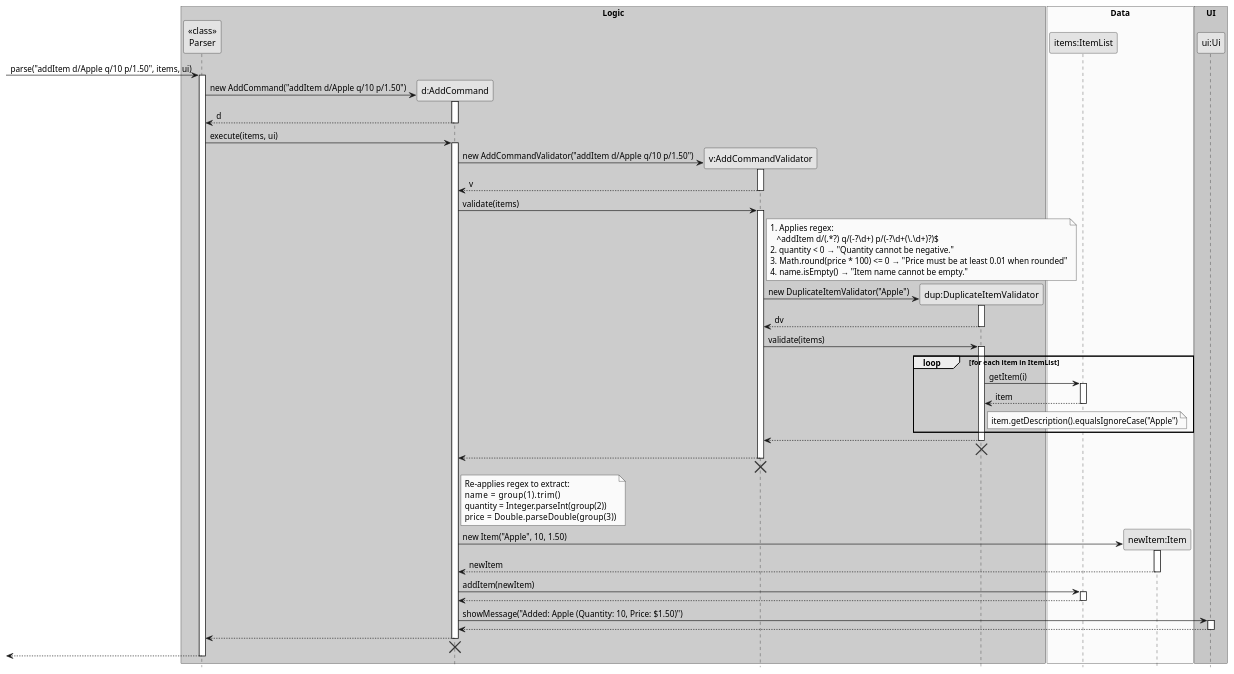
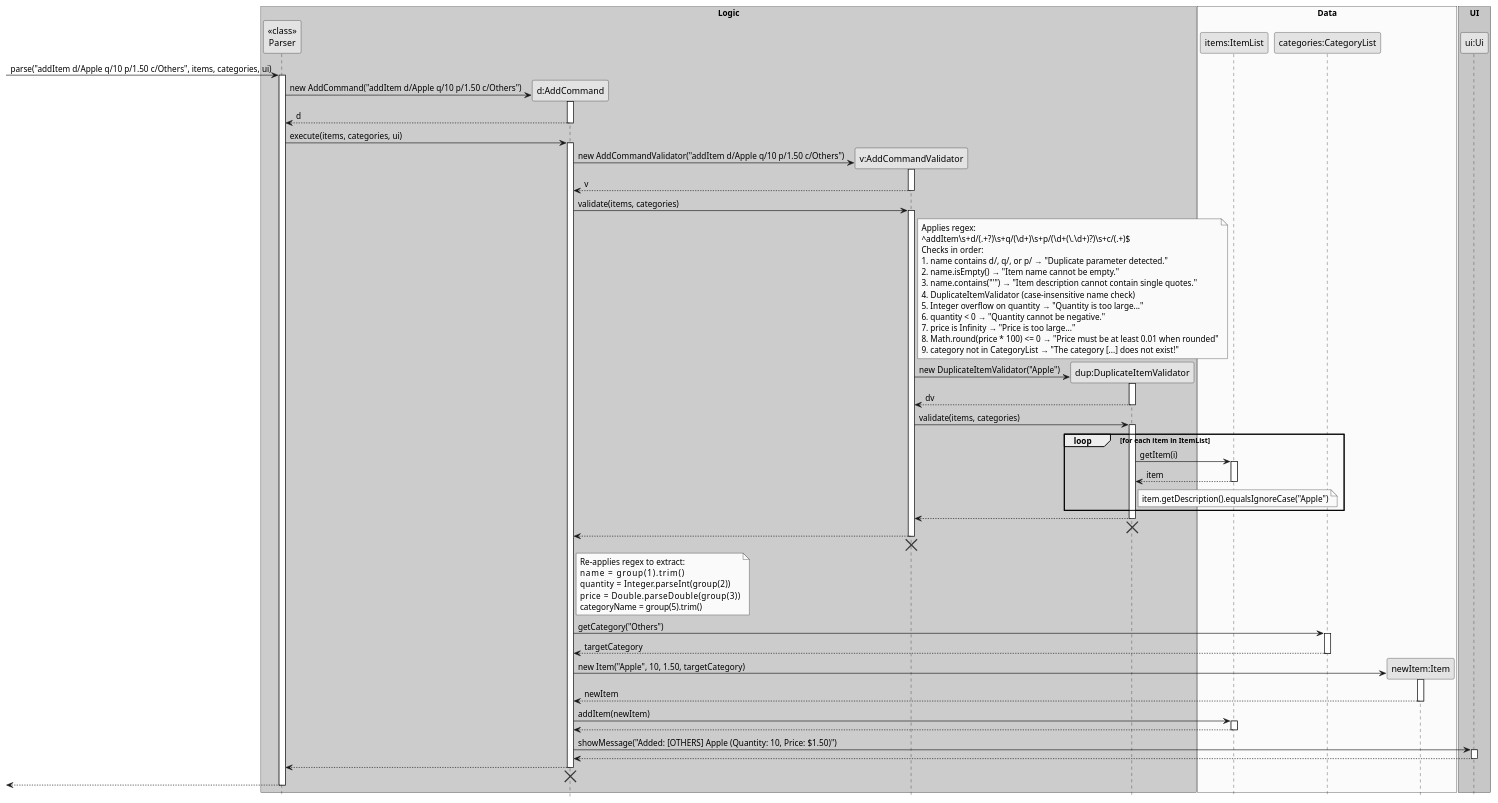
One commit to adbsw/tp changed the diagram in docs/diagrams/AddCommandSequenceDiagram.puml. Above: the diagram before and after it, drawn with PlantUML. The commit also changed 7 other files, not shown here.

```diff
--- a/docs/diagrams/AddCommandSequenceDiagram.puml
+++ b/docs/diagrams/AddCommandSequenceDiagram.puml
@@ -1,111 +1,125 @@
 @startuml
 skinparam monochrome true
 skinparam shadowing false
 hide footbox
 
 box "Logic" #LightBlue
 participant "<<class>>\nParser" as Parser
 participant "d:AddCommand" as AddCommand
 participant "v:AddCommandValidator" as AddCommandValidator
 participant "dup:DuplicateItemValidator" as DuplicateItemValidator
 end box
 
 box "Data" #LightYellow
 participant "items:ItemList" as ItemList
+participant "categories:CategoryList" as CategoryList
 participant "newItem:Item" as Item
 end box
 
 box "UI" #LightGreen
 participant "ui:Ui" as Ui
 end box
 
--> Parser : parse("addItem d/Apple q/10 p/1.50", items, ui)
+-> Parser : parse("addItem d/Apple q/10 p/1.50 c/Others", items, categories, ui)
 activate Parser
 
 create AddCommand
-Parser -> AddCommand : new AddCommand("addItem d/Apple q/10 p/1.50")
+Parser -> AddCommand : new AddCommand("addItem d/Apple q/10 p/1.50 c/Others")
 activate AddCommand
 AddCommand --> Parser : d
 deactivate AddCommand
 
-Parser -> AddCommand : execute(items, ui)
+Parser -> AddCommand : execute(items, categories, ui)
 activate AddCommand
 
 create AddCommandValidator
-AddCommand -> AddCommandValidator : new AddCommandValidator("addItem d/Apple q/10 p/1.50")
+AddCommand -> AddCommandValidator : new AddCommandValidator("addItem d/Apple q/10 p/1.50 c/Others")
 activate AddCommandValidator
 AddCommandValidator --> AddCommand : v
 deactivate AddCommandValidator
 
-AddCommand -> AddCommandValidator : validate(items)
+AddCommand -> AddCommandValidator : validate(items, categories)
 activate AddCommandValidator
 
 note right of AddCommandValidator
-  1. Applies regex:
-     ^addItem d/(.*?) q/(-?\d+) p/(-?\d+(\.\d+)?)$
-  2. quantity < 0 → "Quantity cannot be negative."
-  3. Math.round(price * 100) <= 0 → "Price must be at least 0.01 when rounded"
-  4. name.isEmpty() → "Item name cannot be empty."
+  Applies regex:
+  ^addItem\s+d/(.+?)\s+q/(\d+)\s+p/(\d+(\.\d+)?)\s+c/(.+)$
+  Checks in order:
+  1. name contains d/, q/, or p/ → "Duplicate parameter detected."
+  2. name.isEmpty() → "Item name cannot be empty."
+  3. name.contains("'") → "Item description cannot contain single quotes."
+  4. DuplicateItemValidator (case-insensitive name check)
+  5. Integer overflow on quantity → "Quantity is too large..."
+  6. quantity < 0 → "Quantity cannot be negative."
+  7. price is Infinity → "Price is too large..."
+  8. Math.round(price * 100) <= 0 → "Price must be at least 0.01 when rounded"
+  9. category not in CategoryList → "The category [...] does not exist!"
 end note
 
 create DuplicateItemValidator
 AddCommandValidator -> DuplicateItemValidator : new DuplicateItemValidator("Apple")
 activate DuplicateItemValidator
 DuplicateItemValidator --> AddCommandValidator : dv
 deactivate DuplicateItemValidator
 
-AddCommandValidator -> DuplicateItemValidator : validate(items)
+AddCommandValidator -> DuplicateItemValidator : validate(items, categories)
 activate DuplicateItemValidator
 
 loop for each item in ItemList
     DuplicateItemValidator -> ItemList : getItem(i)
     activate ItemList
     ItemList --> DuplicateItemValidator : item
     deactivate ItemList
     note right of DuplicateItemValidator
         item.getDescription().equalsIgnoreCase("Apple")
     end note
 end
 
 DuplicateItemValidator --> AddCommandValidator
 deactivate DuplicateItemValidator
 DuplicateItemValidator -[hidden]-> AddCommandValidator
 destroy DuplicateItemValidator
 
 AddCommandValidator --> AddCommand
 deactivate AddCommandValidator
 AddCommandValidator -[hidden]-> AddCommand
 destroy AddCommandValidator
 
 note right of AddCommand
   Re-applies regex to extract:
-  name     = group(1).trim()
-  quantity = Integer.parseInt(group(2))
-  price    = Double.parseDouble(group(3))
+  name         = group(1).trim()
+  quantity     = Integer.parseInt(group(2))
+  price        = Double.parseDouble(group(3))
+  categoryName = group(5).trim()
 end note
 
+AddCommand -> CategoryList : getCategory("Others")
+activate CategoryList
+CategoryList --> AddCommand : targetCategory
+deactivate CategoryList
+
 create Item
-AddCommand -> Item : new Item("Apple", 10, 1.50)
+AddCommand -> Item : new Item("Apple", 10, 1.50, targetCategory)
 activate Item
 Item --> AddCommand : newItem
 deactivate Item
 
 AddCommand -> ItemList : addItem(newItem)
 activate ItemList
 ItemList --> AddCommand
 deactivate ItemList
 
-AddCommand -> Ui : showMessage("Added: Apple (Quantity: 10, Price: $1.50)")
+AddCommand -> Ui : showMessage("Added: [OTHERS] Apple (Quantity: 10, Price: $1.50)")
 activate Ui
 Ui --> AddCommand
 deactivate Ui
 
 AddCommand --> Parser
 deactivate AddCommand
 AddCommand -[hidden]-> Parser
 destroy AddCommand
 
 <-- Parser
 deactivate Parser
 
 @enduml
```
